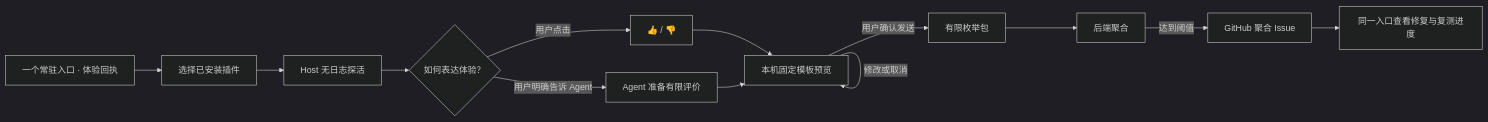
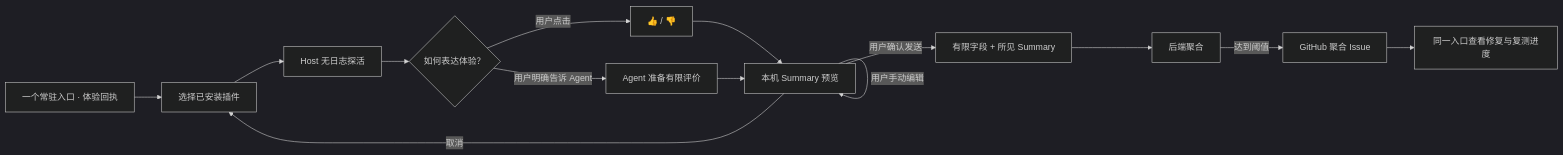
One commit to omdsh-dev/omdsh-plugin-lab changed the diagram in README.md. Above: the diagram before and after it, drawn with Mermaid (dark theme). The commit also changed other lines of this file and 59 other files, not shown here.

````diff
--- a/README.md
+++ b/README.md
@@ -20,15 +20,16 @@
 ```mermaid
 flowchart LR
   A["一个常驻入口 · 体验回执"] --> B["选择已安装插件"]
   B --> C["Host 无日志探活"]
   C --> D{"如何表达体验？"}
   D -->|"用户点击"| E["👍 / 👎"]
   D -->|"用户明确告诉 Agent"| F["Agent 准备有限评价"]
-  E --> G["本机固定模板预览"]
+  E --> G["本机 Summary 预览"]
   F --> G
-  G -->|"修改或取消"| G
-  G -->|"用户确认发送"| H["有限枚举包"]
+  G -->|"取消"| B
+  G -->|"用户手动编辑"| G
+  G -->|"用户确认发送"| H["有限字段 + 所见 Summary"]
   H --> I["后端聚合"]
   I -->|"达到阈值"| J["GitHub 聚合 Issue"]
   J --> K["同一入口查看修复与复测进度"]
 ```
````
